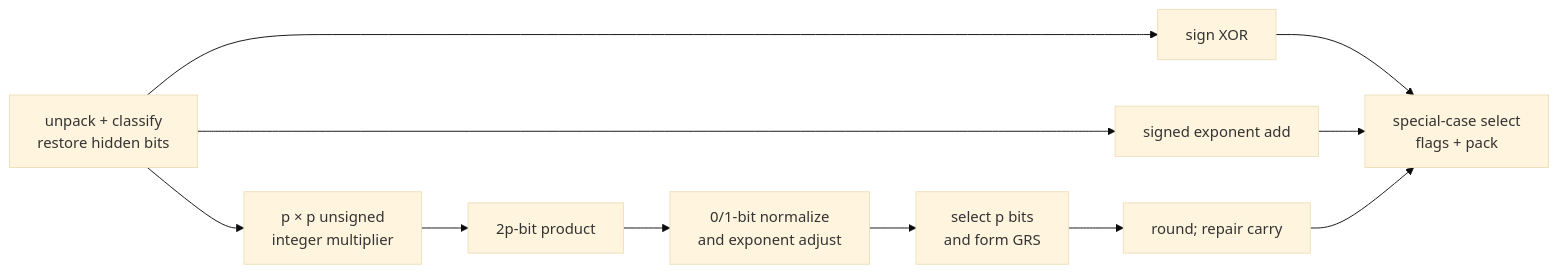
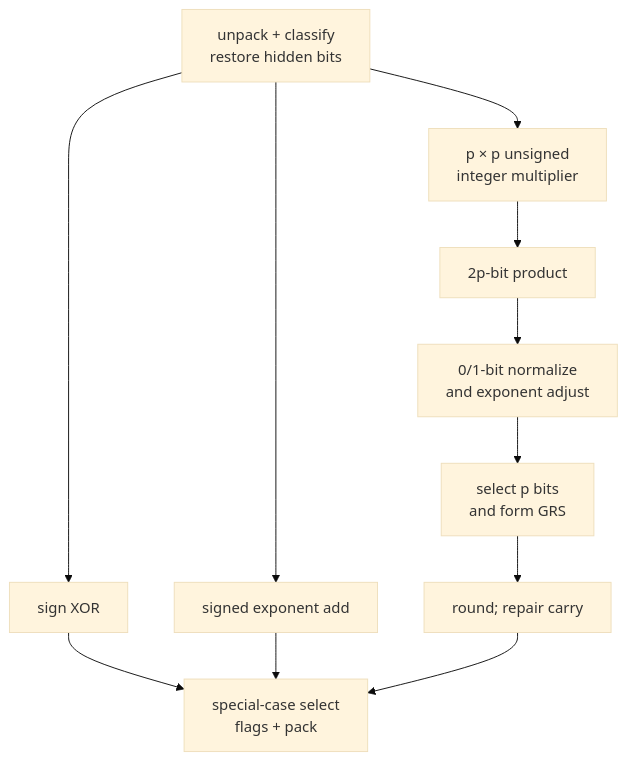
Before and after one commit to Wty2003328/silicon-design-notebook: the fifth of 9 diagrams in 00_Fundamentals/04_Floating_Point.md, drawn with Mermaid (base theme). The commit also changed other lines of this file, not shown here.

Commit message:
Fix FP figure rendering and readability

````diff
--- a/00_Fundamentals/04_Floating_Point.md
+++ b/00_Fundamentals/04_Floating_Point.md
@@ -606,13 +612,13 @@
 ```mermaid
-flowchart LR
+flowchart TB
   U["unpack + classify<br/>restore hidden bits"] --> SX["sign XOR"]
   U --> EA["signed exponent add"]
   U --> IM["p × p unsigned<br/>integer multiplier"]
   IM --> PP["2p-bit product"]
   PP --> N["0/1-bit normalize<br/>and exponent adjust"]
   N --> G["select p bits<br/>and form GRS"]
   G --> R["round; repair carry"]
   SX --> P["special-case select<br/>flags + pack"]
   EA --> P
   R --> P
 ```
````
